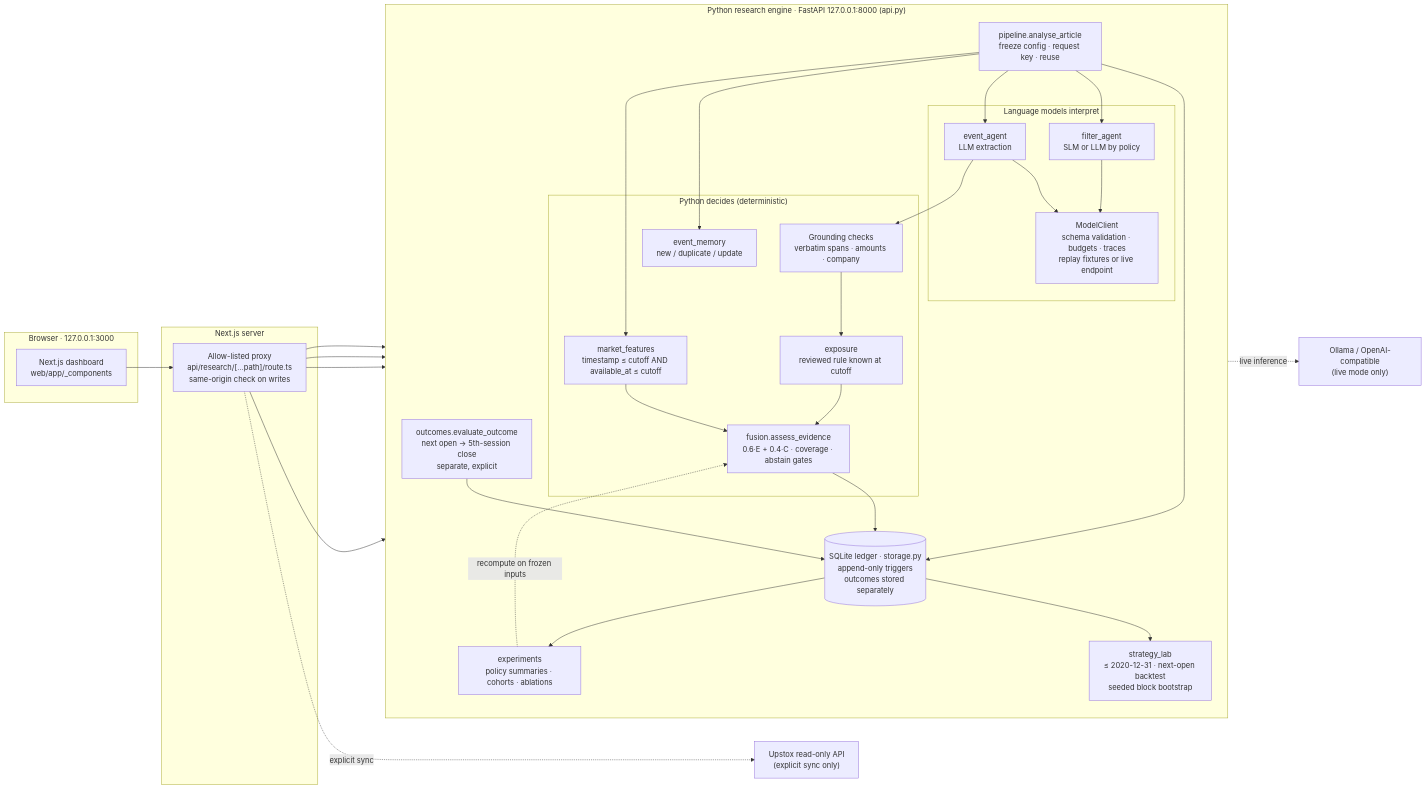
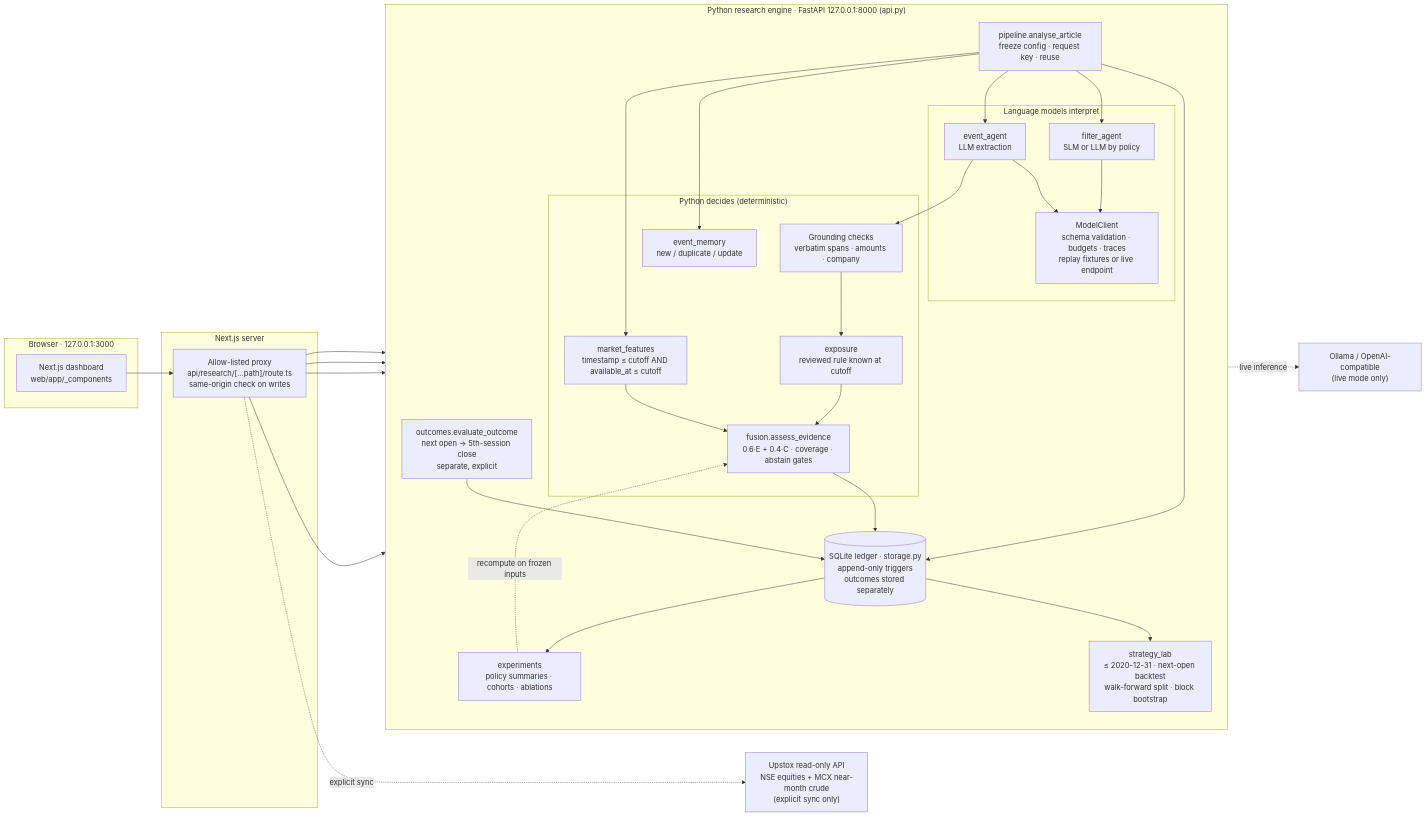
The diagram in docs/presentation/ARCHITECTURE_DIAGRAM.md (Arnab-apk/Market_Events), drawn with Mermaid before and after one commit. The commit also changed other lines of this file and 8 other files, not shown here.

````diff
--- a/docs/presentation/ARCHITECTURE_DIAGRAM.md
+++ b/docs/presentation/ARCHITECTURE_DIAGRAM.md
@@ -14,53 +14,53 @@
 ```mermaid
 flowchart LR
     subgraph Browser["Browser · 127.0.0.1:3000"]
         UI["Next.js dashboard<br/>web/app/_components"]
     end
 
     subgraph Next["Next.js server"]
         Proxy["Allow-listed proxy<br/>api/research/[...path]/route.ts<br/>same-origin check on writes"]
     end
 
     subgraph Py["Python research engine · FastAPI 127.0.0.1:8000 (api.py)"]
         direction TB
         Pipe["pipeline.analyse_article<br/>freeze config · request key · reuse"]
         subgraph Interpret["Language models interpret"]
             Filter["filter_agent<br/>SLM or LLM by policy"]
             Extract["event_agent<br/>LLM extraction"]
             Client["ModelClient<br/>schema validation · budgets · traces<br/>replay fixtures or live endpoint"]
         end
         subgraph Decide["Python decides (deterministic)"]
             Ground["Grounding checks<br/>verbatim spans · amounts · company"]
             Memory["event_memory<br/>new / duplicate / update"]
             Expo["exposure<br/>reviewed rule known at cutoff"]
             Feat["market_features<br/>timestamp ≤ cutoff AND available_at ≤ cutoff"]
             Fuse["fusion.assess_evidence<br/>0.6·E + 0.4·C · coverage · abstain gates"]
         end
         Out["outcomes.evaluate_outcome<br/>next open → 5th-session close<br/>separate, explicit"]
         Exp["experiments<br/>policy summaries · cohorts · ablations"]
-        Lab["strategy_lab<br/>≤ 2020-12-31 · next-open backtest<br/>seeded block bootstrap"]
+        Lab["strategy_lab<br/>≤ 2020-12-31 · next-open backtest<br/>walk-forward split · block bootstrap"]
         DB[("SQLite ledger · storage.py<br/>append-only triggers<br/>outcomes stored separately")]
     end
 
     Models["Ollama / OpenAI-compatible<br/>(live mode only)"]
-    Upstox["Upstox read-only API<br/>(explicit sync only)"]
+    Upstox["Upstox read-only API<br/>NSE equities + MCX near-month crude<br/>(explicit sync only)"]
 
     UI --> Proxy --> Pipe
     Pipe --> Memory
     Pipe --> Filter --> Client
     Pipe --> Extract --> Client
     Client -. "live inference" .-> Models
     Extract --> Ground
     Ground --> Expo --> Fuse
     Feat --> Fuse
     Pipe --> Feat
     Pipe --> DB
     Fuse --> DB
     Proxy --> Out --> DB
     Proxy --> Exp
     DB --> Exp
     Exp -. "recompute on frozen inputs" .-> Fuse
     Proxy --> Lab
     DB --> Lab
     Proxy -. "explicit sync" .-> Upstox
 ```
````
